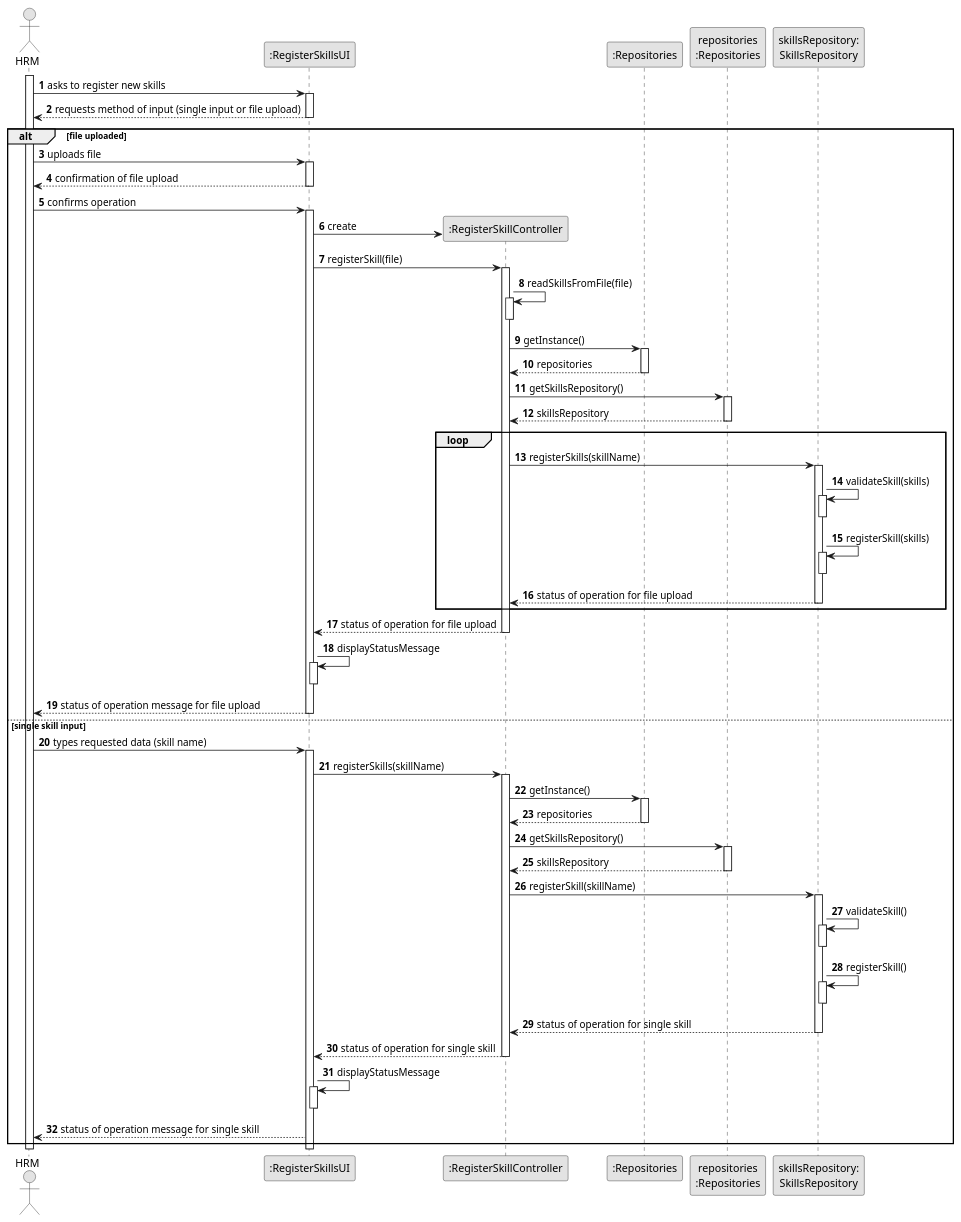
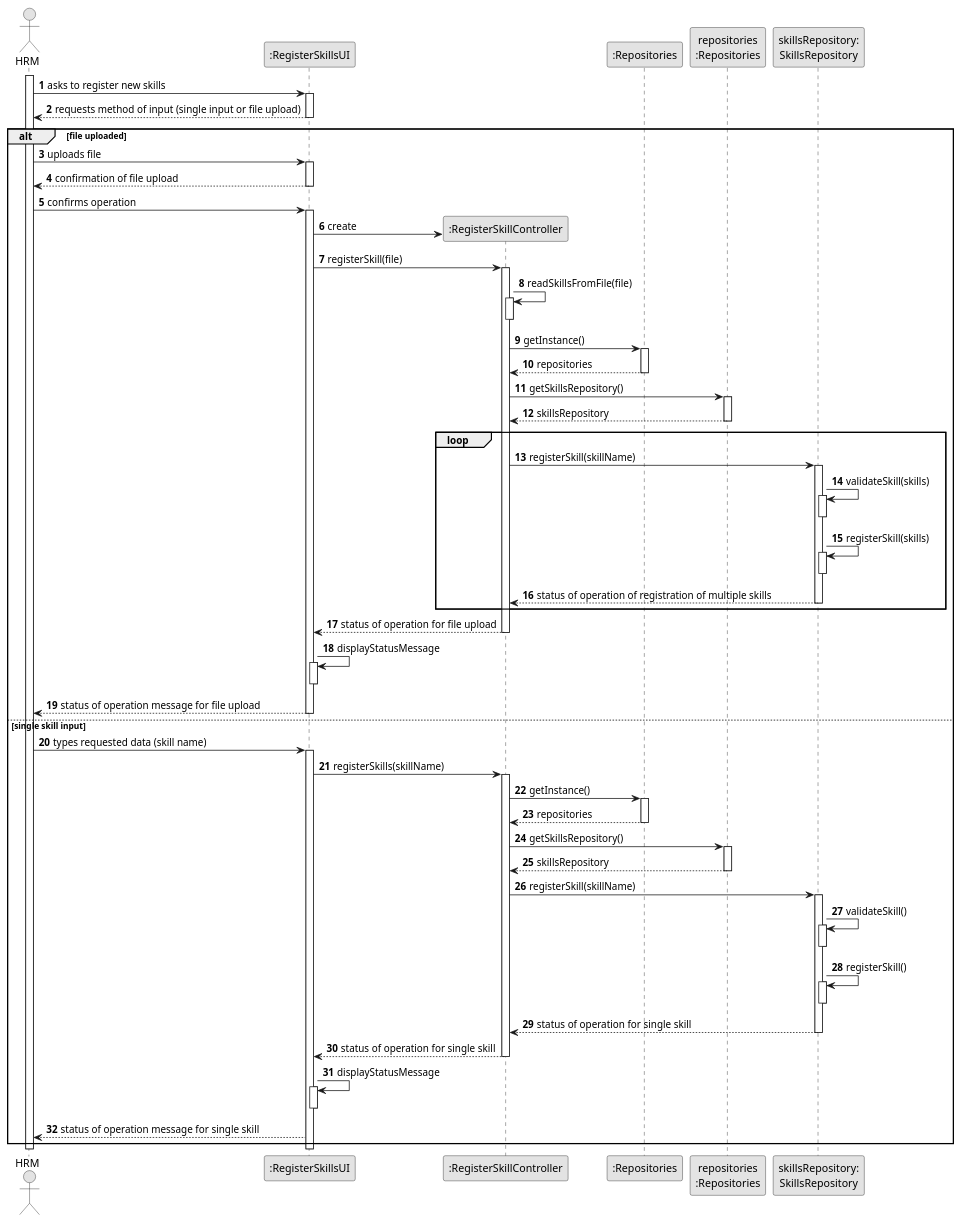
The diagram in docs/sprintB/us001/03.design/puml/us001-sequence-diagram-fullv2.puml (Departamento-de-Engenharia-Informatica/lei-24-s2-1do-g164), drawn with PlantUML before and after one commit. The commit also changed 5 other files, not shown here.

Commit message:
US01(implementation): class for skills implemented, SkillsRepository implemented

```diff
--- a/docs/sprintB/us001/03.design/puml/us001-sequence-diagram-fullv2.puml
+++ b/docs/sprintB/us001/03.design/puml/us001-sequence-diagram-fullv2.puml
@@ -1,134 +1,134 @@
 @startuml
 skinparam monochrome true
 skinparam packageStyle rectangle
 skinparam shadowing false
 
 autonumber
 
 'hide footbox
 actor "HRM" as ADM
 participant ":RegisterSkillsUI" as UI
 participant ":RegisterSkillController" as CTRL
 participant ":Repositories" as RepositorySingleton
 participant "repositories\n:Repositories" as PLAT
 participant "skillsRepository:\nSkillsRepository" as skillsRepository
 
 
 activate ADM
 
     ADM -> UI : asks to register new skills
     activate UI
     UI --> ADM : requests method of input (single input or file upload)
     deactivate UI
 
 
 
     ' Branch for handling file upload
     alt file uploaded
 
 
 
             ADM -> UI : uploads file
             activate UI
 
 
 
             UI --> ADM : confirmation of file upload
             deactivate UI
 
             ADM -> UI : confirms operation
             activate UI
 
             UI -> CTRL** : create
         UI -> CTRL : registerSkill(file)
         activate CTRL
 
         CTRL -> CTRL : readSkillsFromFile(file)
                 activate CTRL
                 deactivate CTRL
 
         CTRL -> RepositorySingleton : getInstance()
         activate RepositorySingleton
 
         RepositorySingleton --> CTRL: repositories
         deactivate RepositorySingleton
 
         CTRL -> PLAT : getSkillsRepository()
         activate PLAT
 
         PLAT --> CTRL: skillsRepository
         deactivate PLAT
 
         loop
 
-        CTRL -> skillsRepository : registerSkills(skillName)
+        CTRL -> skillsRepository : registerSkill(skillName)
         activate skillsRepository
         skillsRepository -> skillsRepository : validateSkill(skills)
         activate skillsRepository
         deactivate skillsRepository
         skillsRepository -> skillsRepository : registerSkill(skills)
         activate skillsRepository
         deactivate skillsRepository
-        skillsRepository --> CTRL : status of operation for file upload
+        skillsRepository --> CTRL : status of operation of registration of multiple skills
         deactivate skillsRepository
 
         end
 
         CTRL --> UI : status of operation for file upload
         deactivate CTRL
         UI -> UI : displayStatusMessage
         activate UI
         deactivate UI
 
         UI --> ADM : status of operation message for file upload
         deactivate UI
     else single skill input
 
         ADM -> UI : types requested data (skill name)
             activate UI
 
 
         UI -> CTRL : registerSkills(skillName)
 
 
         activate CTRL
 
         CTRL -> RepositorySingleton : getInstance()
         activate RepositorySingleton
 
         RepositorySingleton --> CTRL: repositories
         deactivate RepositorySingleton
 
         CTRL -> PLAT : getSkillsRepository()
         activate PLAT
 
         PLAT --> CTRL: skillsRepository
         deactivate PLAT
 
         CTRL -> skillsRepository : registerSkill(skillName)
         activate skillsRepository
 
         skillsRepository -> skillsRepository : validateSkill()
         activate skillsRepository
         deactivate skillsRepository
         skillsRepository -> skillsRepository : registerSkill()
         activate skillsRepository
         deactivate skillsRepository
         skillsRepository --> CTRL : status of operation for single skill
         deactivate skillsRepository
 
         CTRL --> UI : status of operation for single skill
         deactivate CTRL
 
         UI -> UI : displayStatusMessage
         activate UI
         deactivate UI
 
         UI --> ADM : status of operation message for single skill
     end
 
     deactivate UI
 
 deactivate ADM
 
 @enduml
```
